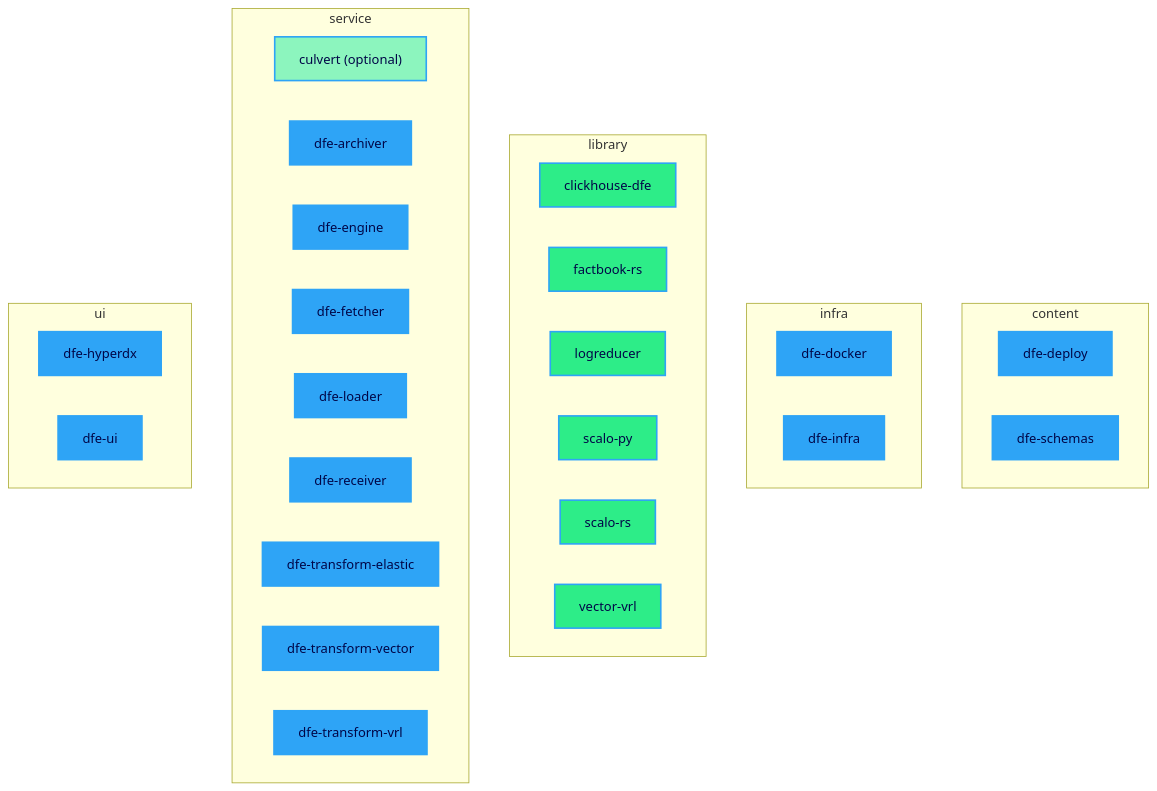
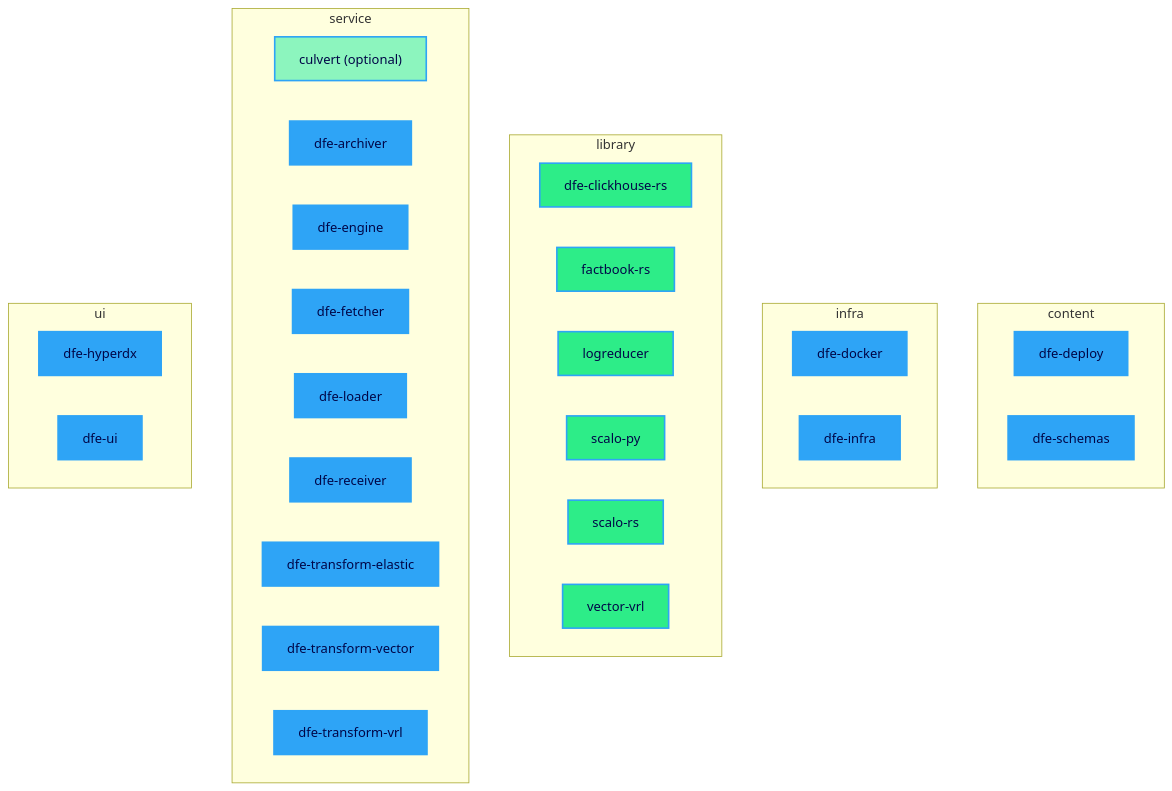
One commit to hyperi-io/dfe-infra changed the first of 18 diagrams in docs/suite-graph.md. Above: the diagram before and after it, drawn with Mermaid. The commit also changed other lines of this file and 6 other files, not shown here.

First line of the commit message:
fix: name the ClickHouse library dfe-clickhouse-rs in the suite (#931)

````diff
--- a/docs/suite-graph.md
+++ b/docs/suite-graph.md
@@ -70,42 +70,42 @@
 ```mermaid
 flowchart TB
   subgraph content["content"]
     direction LR
     dfe_deploy["dfe-deploy"]:::suite
     dfe_schemas["dfe-schemas"]:::suite
   end
   subgraph infra["infra"]
     direction LR
     dfe_docker["dfe-docker"]:::suite
     dfe_infra["dfe-infra"]:::suite
   end
   subgraph library["library"]
     direction LR
-    clickhouse_dfe["clickhouse-dfe"]:::general
+    dfe_clickhouse_rs["dfe-clickhouse-rs"]:::general
     factbook_rs["factbook-rs"]:::general
     logreducer["logreducer"]:::general
     scalo_py["scalo-py"]:::general
     scalo_rs["scalo-rs"]:::general
     vector_vrl["vector-vrl"]:::general
   end
   subgraph service["service"]
     direction LR
     culvert["culvert (optional)"]:::general-optional
     dfe_archiver["dfe-archiver"]:::suite
     dfe_engine["dfe-engine"]:::suite
     dfe_fetcher["dfe-fetcher"]:::suite
     dfe_loader["dfe-loader"]:::suite
     dfe_receiver["dfe-receiver"]:::suite
     dfe_transform_elastic["dfe-transform-elastic"]:::suite
     dfe_transform_vector["dfe-transform-vector"]:::suite
     dfe_transform_vrl["dfe-transform-vrl"]:::suite
   end
   subgraph ui["ui"]
     direction LR
     dfe_hyperdx["dfe-hyperdx"]:::suite
     dfe_ui["dfe-ui"]:::suite
   end
   classDef general fill:#2DED88,stroke:#2EA4F6,stroke-width:2px,color:#000647
   classDef suite fill:#2EA4F6,stroke:#2EA4F6,stroke-width:2px,color:#000647
   classDef general-optional fill:#8CF5BE,stroke:#2EA4F6,stroke-width:2px,color:#000647
 ```
````
